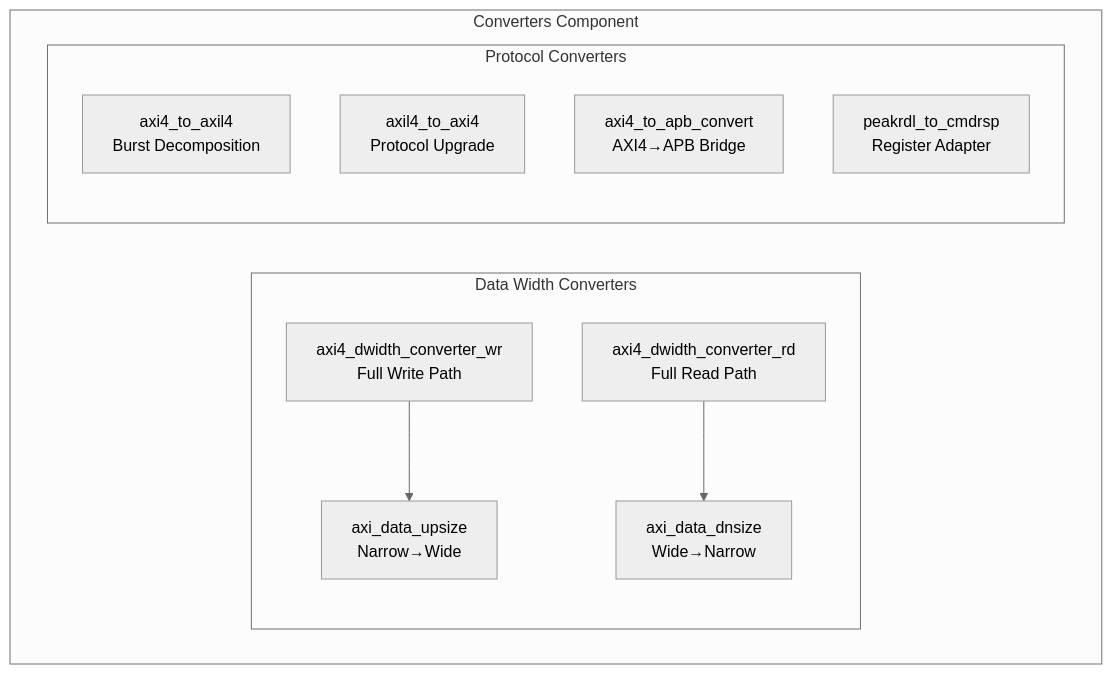
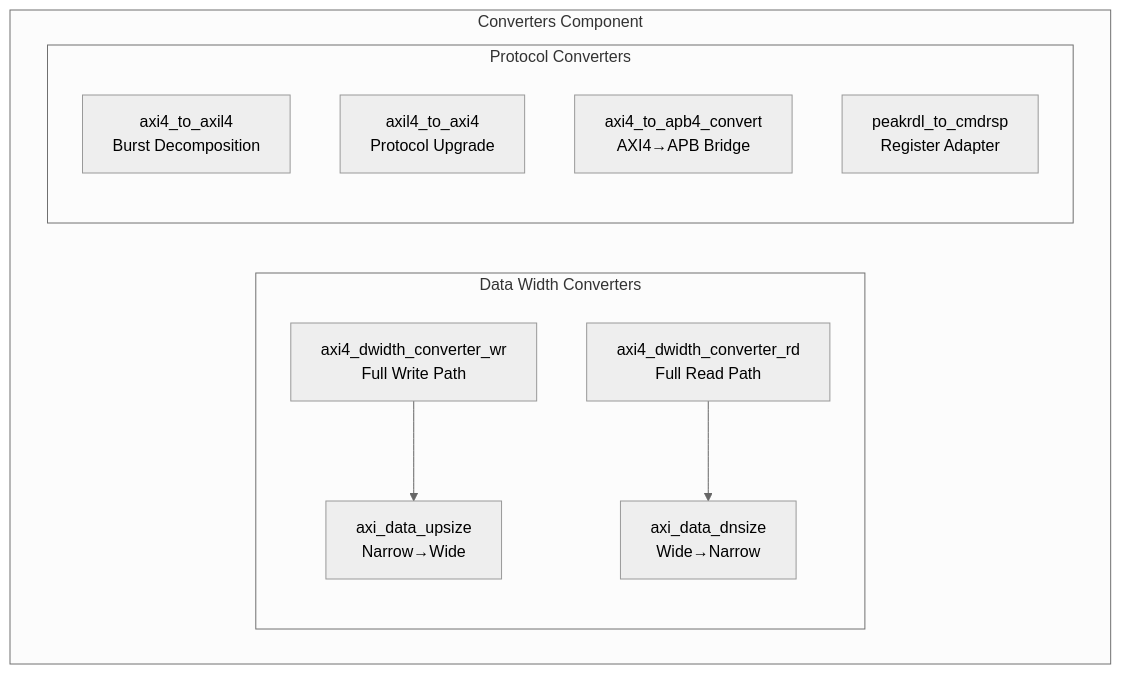
The diagram in projects/components/converters/docs/converter_mas/assets/mermaid/converter_hierarchy.mmd (sean-galloway/RTLDesignSherpa), drawn with Mermaid before and after one commit. The commit also changed 751 other files, not shown here.

```diff
--- a/projects/components/converters/docs/converter_mas/assets/mermaid/converter_hierarchy.mmd
+++ b/projects/components/converters/docs/converter_mas/assets/mermaid/converter_hierarchy.mmd
@@ -1,20 +1,20 @@
 %%{init: {'theme': 'neutral'}}%%
 flowchart TB
     subgraph Converters["Converters Component"]
         subgraph Width["Data Width Converters"]
             UPSIZE[axi_data_upsize<br/>Narrow→Wide]
             DNSIZE[axi_data_dnsize<br/>Wide→Narrow]
             WR_CONV[axi4_dwidth_converter_wr<br/>Full Write Path]
             RD_CONV[axi4_dwidth_converter_rd<br/>Full Read Path]
         end
 
         subgraph Protocol["Protocol Converters"]
             AXI_AXIL[axi4_to_axil4<br/>Burst Decomposition]
             AXIL_AXI[axil4_to_axi4<br/>Protocol Upgrade]
-            AXI_APB[axi4_to_apb_convert<br/>AXI4→APB Bridge]
+            AXI_APB[axi4_to_apb4_convert<br/>AXI4→APB Bridge]
             PEAKRDL[peakrdl_to_cmdrsp<br/>Register Adapter]
         end
     end
 
     WR_CONV --> UPSIZE
     RD_CONV --> DNSIZE
```
